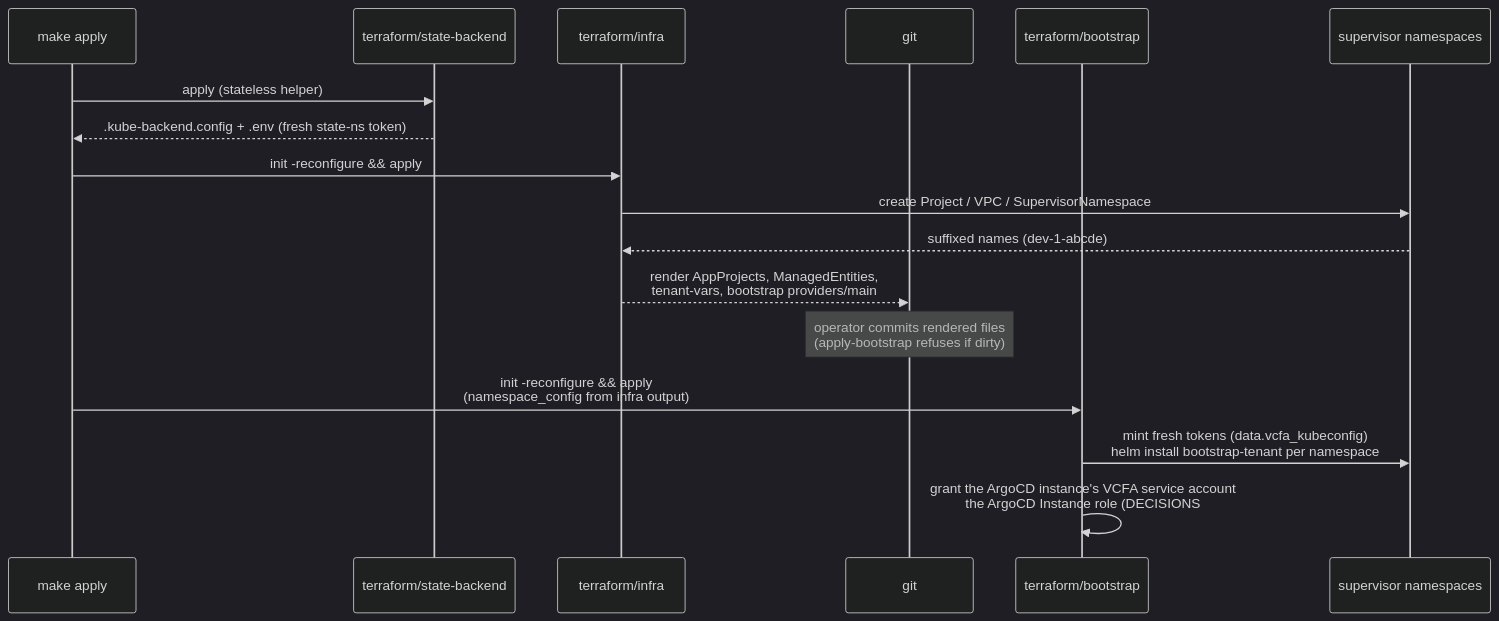
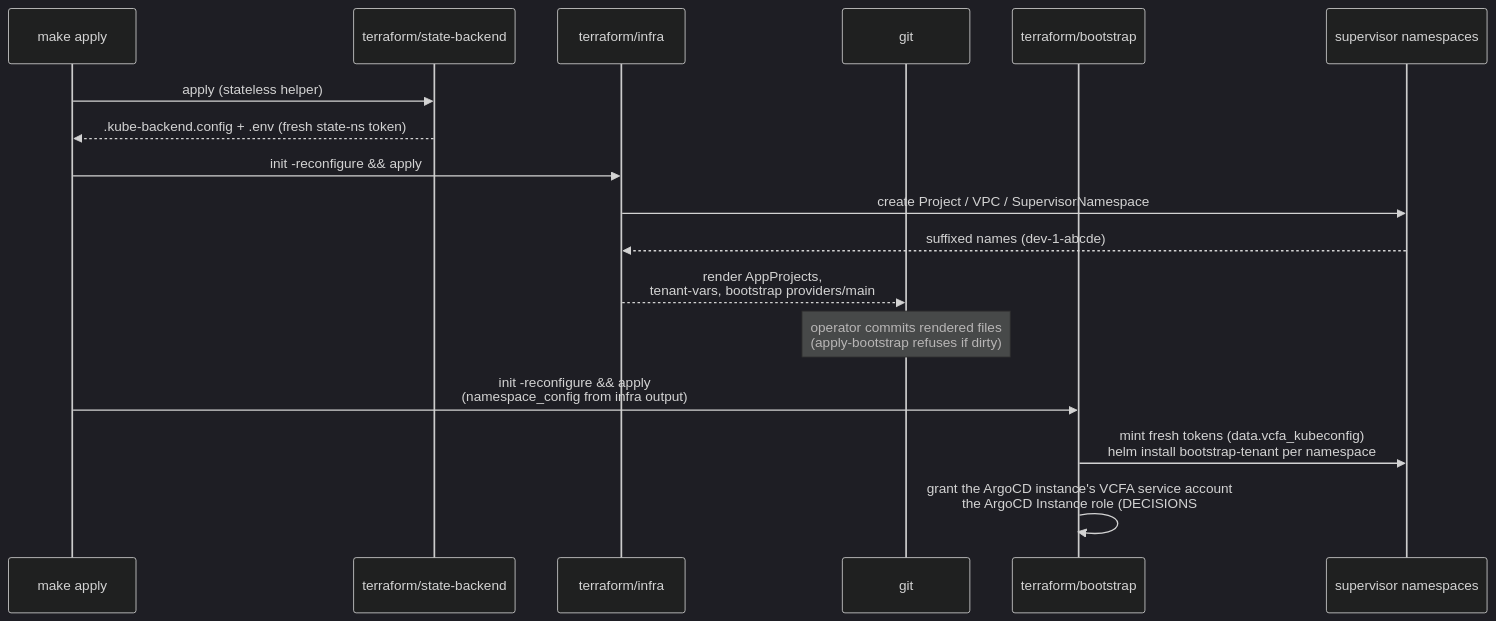
One commit to warroyo/argocd-scaffolding changed the second of 9 diagrams in docs/ARCHITECTURE.md. Above: the diagram before and after it, drawn with Mermaid (dark theme). The commit also changed other lines of this file and 20 other files, not shown here.

First line of the commit message:
refactor: render supervisor-ns ManagedEntities from the host's bootstrap release

````diff
--- a/docs/ARCHITECTURE.md
+++ b/docs/ARCHITECTURE.md
@@ -99,20 +98,20 @@
 ```mermaid
 sequenceDiagram
     participant M as make apply
     participant S as terraform/state-backend
     participant I as terraform/infra
     participant G as git
     participant B as terraform/bootstrap
     participant NS as supervisor namespaces
 
     M->>S: apply (stateless helper)
     S-->>M: .kube-backend.config + .env (fresh state-ns token)
     M->>I: init -reconfigure && apply
     I->>NS: create Project / VPC / SupervisorNamespace
     NS-->>I: suffixed names (dev-1-abcde)
-    I-->>G: render AppProjects, ManagedEntities,<br/>tenant-vars, bootstrap providers/main
+    I-->>G: render AppProjects,<br/>tenant-vars, bootstrap providers/main
     Note over G: operator commits rendered files<br/>(apply-bootstrap refuses if dirty)
     M->>B: init -reconfigure && apply<br/>(namespace_config from infra output)
     B->>NS: mint fresh tokens (data.vcfa_kubeconfig)<br/>helm install bootstrap-tenant per namespace
     B->>B: grant the ArgoCD instance's VCFA service account<br/>the ArgoCD Instance role (DECISIONS #25)
 ```
````
